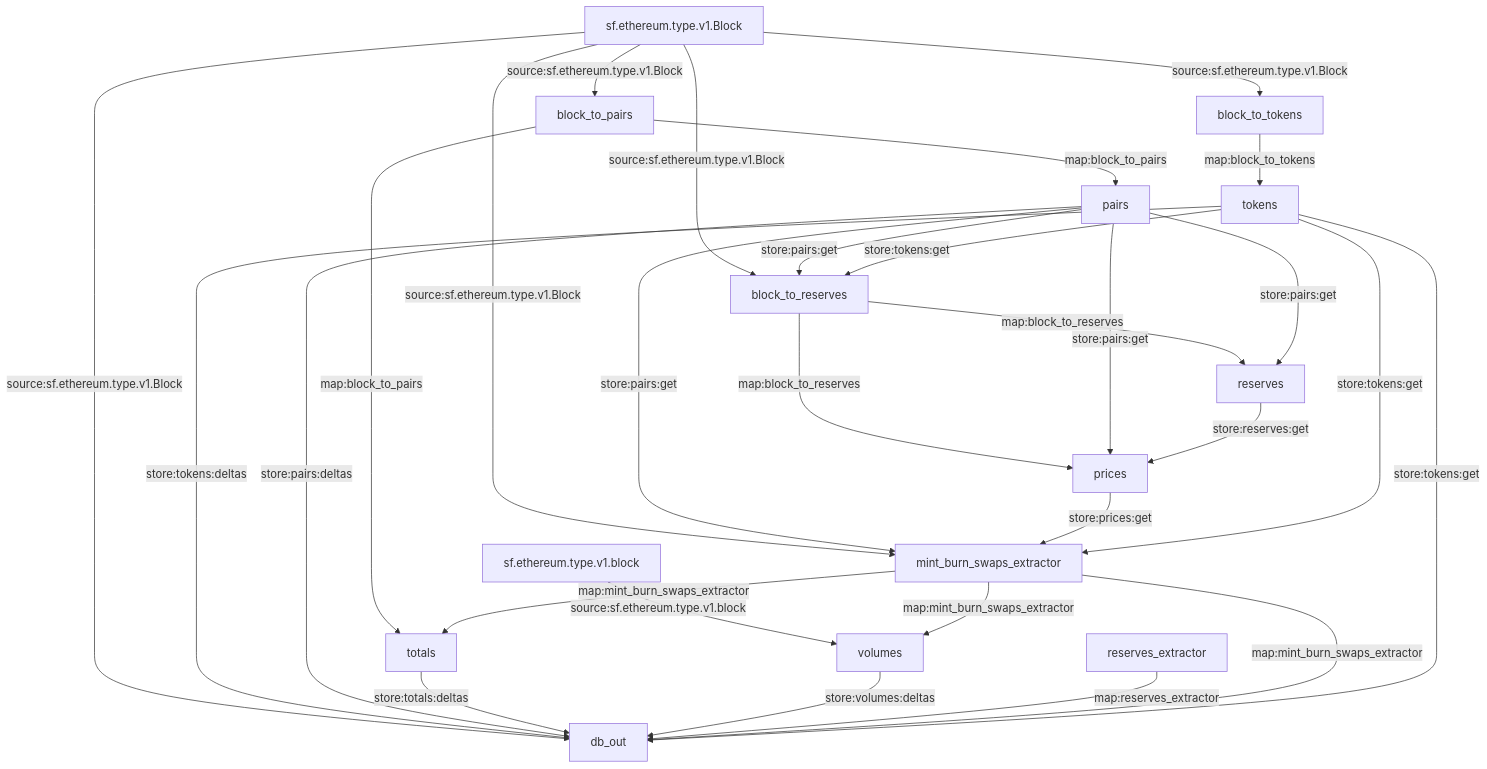
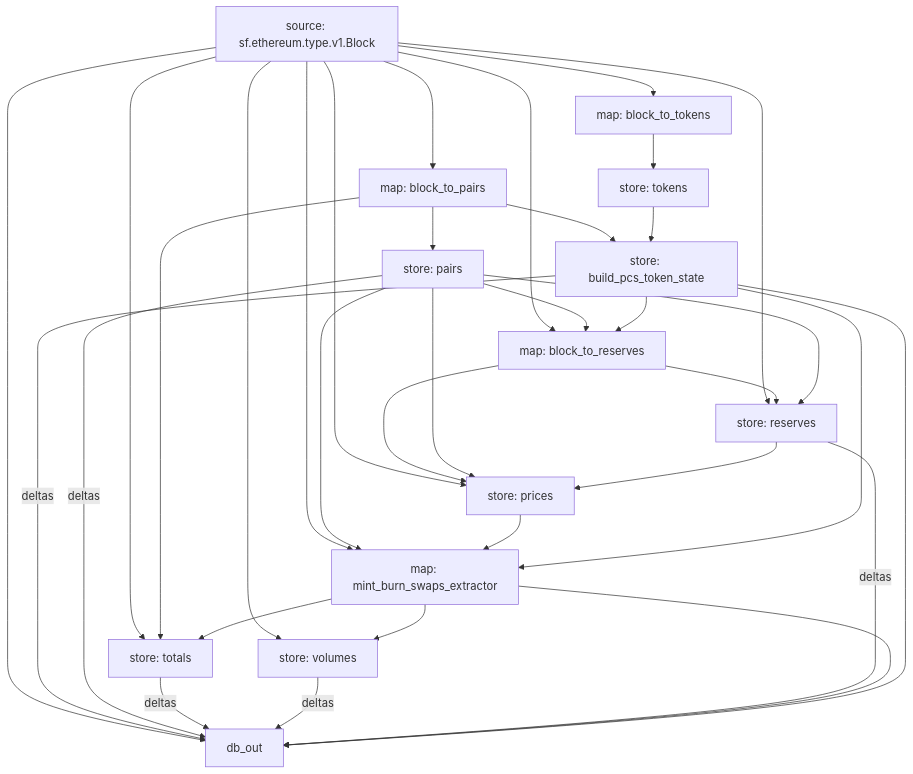
One commit to streamingfast/substreams-playground changed the diagram in pcs-rust/README.md. Above: the diagram before and after it, drawn with Mermaid.

````diff
--- a/pcs-rust/README.md
+++ b/pcs-rust/README.md
@@ -22,31 +22,37 @@
 ```mermaid
+
 graph TD;
-  sf.ethereum.type.v1.Block -- "source:sf.ethereum.type.v1.Block" --> block_to_pairs
-  block_to_pairs -- "map:block_to_pairs" --> pairs
-  sf.ethereum.type.v1.Block -- "source:sf.ethereum.type.v1.Block" --> block_to_reserves
-  pairs -- "store:pairs:get" --> block_to_reserves
-  tokens -- "store:tokens:get" --> block_to_reserves
-  block_to_reserves -- "map:block_to_reserves" --> reserves
-  pairs -- "store:pairs:get" --> reserves
-  block_to_reserves -- "map:block_to_reserves" --> prices
-  pairs -- "store:pairs:get" --> prices
-  reserves -- "store:reserves:get" --> prices
-  sf.ethereum.type.v1.Block -- "source:sf.ethereum.type.v1.Block" --> mint_burn_swaps_extractor
-  pairs -- "store:pairs:get" --> mint_burn_swaps_extractor
-  prices -- "store:prices:get" --> mint_burn_swaps_extractor
-  tokens -- "store:tokens:get" --> mint_burn_swaps_extractor
-  block_to_pairs -- "map:block_to_pairs" --> totals
-  mint_burn_swaps_extractor -- "map:mint_burn_swaps_extractor" --> totals
-  sf.ethereum.type.v1.block -- "source:sf.ethereum.type.v1.block" --> volumes
-  mint_burn_swaps_extractor -- "map:mint_burn_swaps_extractor" --> volumes
-  sf.ethereum.type.v1.Block -- "source:sf.ethereum.type.v1.Block" --> block_to_tokens
-  block_to_tokens -- "map:block_to_tokens" --> tokens
-  sf.ethereum.type.v1.Block -- "source:sf.ethereum.type.v1.Block" --> db_out
-  tokens -- "store:tokens:deltas" --> db_out
-  pairs -- "store:pairs:deltas" --> db_out
-  totals -- "store:totals:deltas" --> db_out
-  volumes -- "store:volumes:deltas" --> db_out
-  reserves_extractor -- "map:reserves_extractor" --> db_out
-  mint_burn_swaps_extractor -- "map:mint_burn_swaps_extractor" --> db_out
-  tokens -- "store:tokens:get" --> db_out
-```
+  sf.ethereum.type.v1.Block[source: sf.ethereum.type.v1.Block] --> block_to_pairs
+  block_to_pairs[map: block_to_pairs] --> pairs
+  sf.ethereum.type.v1.Block[source: sf.ethereum.type.v1.Block] --> block_to_reserves
+  pairs[store: pairs] --> block_to_reserves
+  build_pcs_token_state[store: build_pcs_token_state] --> block_to_reserves
+  sf.ethereum.type.v1.Block[source: sf.ethereum.type.v1.Block] --> reserves
+  block_to_reserves[map: block_to_reserves] --> reserves
+  pairs[store: pairs] --> reserves
+  sf.ethereum.type.v1.Block[source: sf.ethereum.type.v1.Block] --> prices
+  block_to_reserves[map: block_to_reserves] --> prices
+  pairs[store: pairs] --> prices
+  reserves[store: reserves] --> prices
+  sf.ethereum.type.v1.Block[source: sf.ethereum.type.v1.Block] --> mint_burn_swaps_extractor
+  pairs[store: pairs] --> mint_burn_swaps_extractor
+  prices[store: prices] --> mint_burn_swaps_extractor
+  build_pcs_token_state[store: build_pcs_token_state] --> mint_burn_swaps_extractor
+  sf.ethereum.type.v1.Block[source: sf.ethereum.type.v1.Block] --> totals
+  block_to_pairs[map: block_to_pairs] --> totals
+  mint_burn_swaps_extractor[map: mint_burn_swaps_extractor] --> totals
+  sf.ethereum.type.v1.Block[source: sf.ethereum.type.v1.Block] --> volumes
+  mint_burn_swaps_extractor[map: mint_burn_swaps_extractor] --> volumes
+  sf.ethereum.type.v1.Block[source: sf.ethereum.type.v1.Block] --> block_to_tokens
+  block_to_tokens[map: block_to_tokens] --> tokens
+  block_to_pairs[map: block_to_pairs] --> build_pcs_token_state
+  tokens[store: tokens] --> build_pcs_token_state
+  sf.ethereum.type.v1.Block[source: sf.ethereum.type.v1.Block] --> db_out
+  build_pcs_token_state[store: build_pcs_token_state] -- "deltas" --> db_out
+  pairs[store: pairs] -- "deltas" --> db_out
+  totals[store: totals] -- "deltas" --> db_out
+  volumes[store: volumes] -- "deltas" --> db_out
+  reserves[store: reserves] -- "deltas" --> db_out
+  mint_burn_swaps_extractor[map: mint_burn_swaps_extractor] --> db_out
+  build_pcs_token_state[store: build_pcs_token_state] --> db_out
+  ```
````
